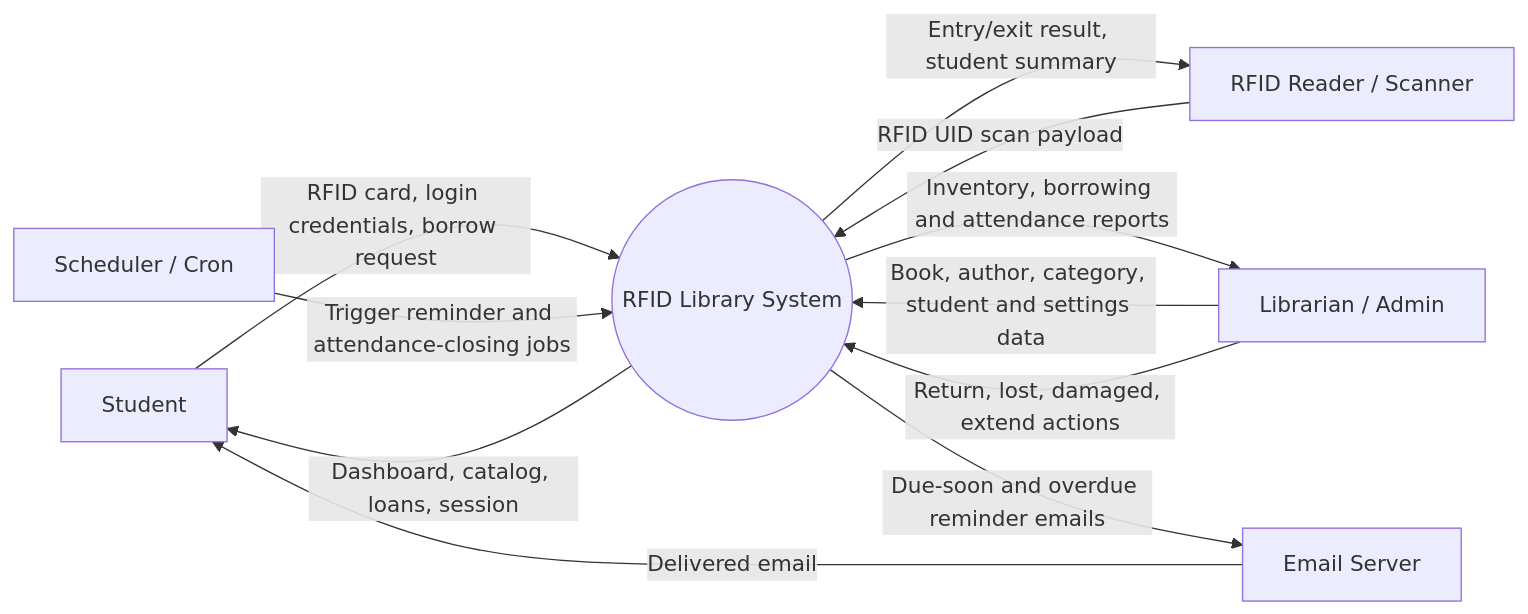
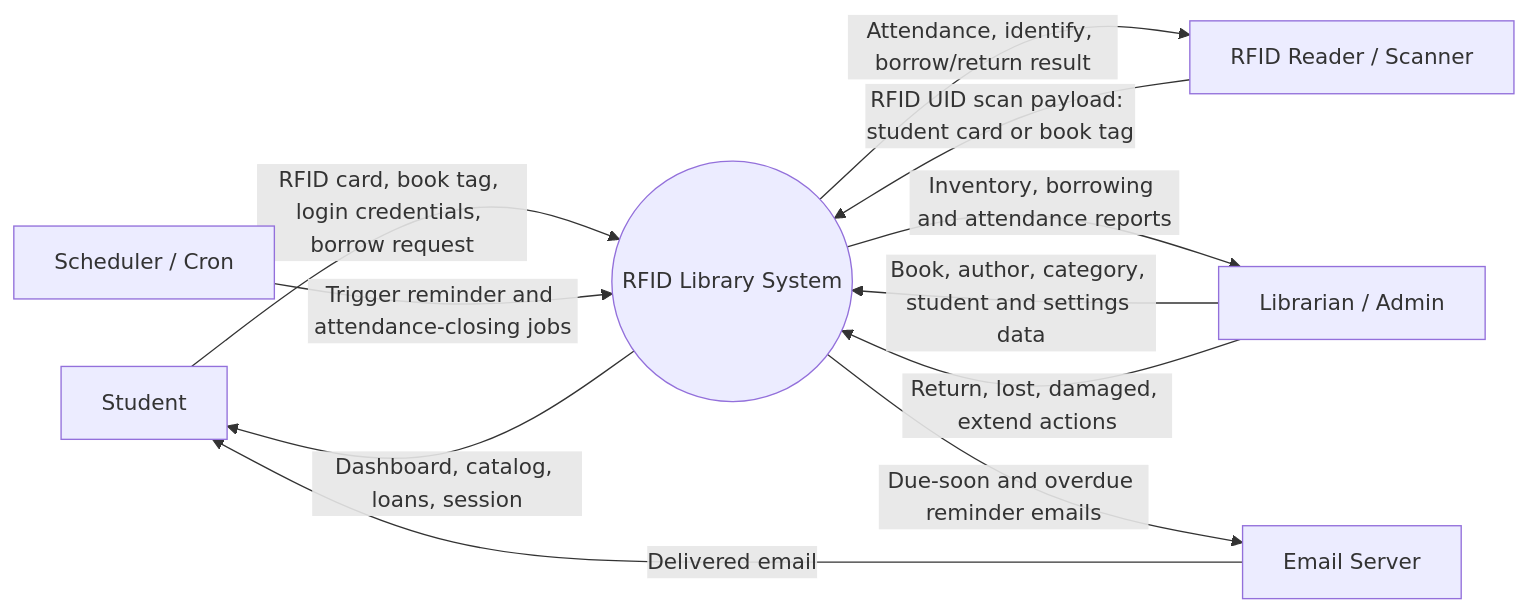
One commit to martinyano/rfid-library-scanner changed the first of 2 diagrams in docs/dfd.md. Above: the diagram before and after it, drawn with Mermaid. The commit also changed other lines of this file and 35 other files, not shown here.

````diff
--- a/docs/dfd.md
+++ b/docs/dfd.md
@@ -22,25 +22,25 @@
 ```mermaid
 flowchart LR
     S[Student]
     A[Librarian / Admin]
     R[RFID Reader / Scanner]
     E[Email Server]
     C[Scheduler / Cron]
 
     SYS((RFID Library System))
 
-    R -->|RFID UID scan payload| SYS
-    SYS -->|Entry/exit result, student summary| R
+    R -->|RFID UID scan payload: student card or book tag| SYS
+    SYS -->|Attendance, identify, borrow/return result| R
 
-    S -->|RFID card, login credentials, borrow request| SYS
+    S -->|RFID card, book tag, login credentials, borrow request| SYS
     SYS -->|Dashboard, catalog, loans, session| S
 
     A -->|Book, author, category, student and settings data| SYS
     A -->|Return, lost, damaged, extend actions| SYS
     SYS -->|Inventory, borrowing and attendance reports| A
 
     SYS -->|Due-soon and overdue reminder emails| E
     E -->|Delivered email| S
 
     C -->|Trigger reminder and attendance-closing jobs| SYS
 ```
````
